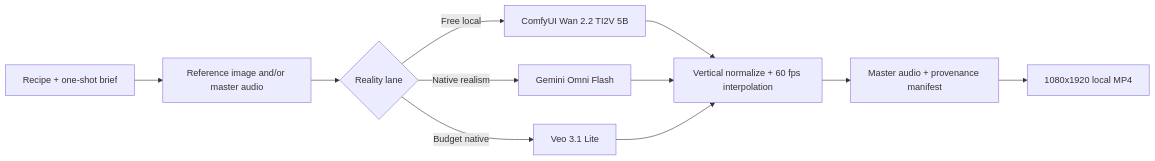
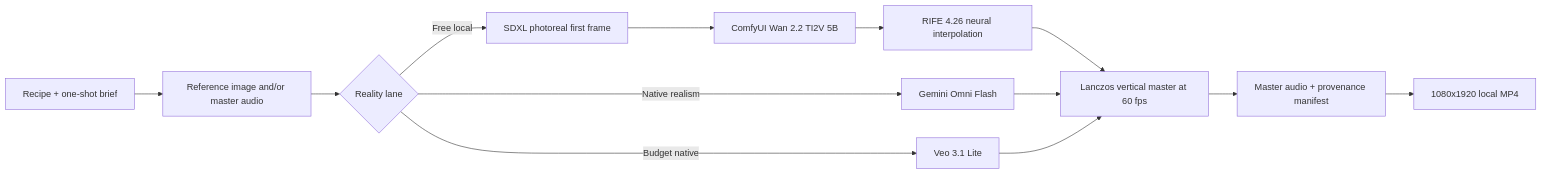
One commit to ReaperXD67/atlasforge-ai changed the diagram in ARCHITECTURE.md. Above: the diagram before and after it, drawn with Mermaid. The commit also changed other lines of this file and 18 other files, not shown here.

````diff
--- a/ARCHITECTURE.md
+++ b/ARCHITECTURE.md
@@ -104,13 +104,15 @@
 ```mermaid
 flowchart LR
-    B["Recipe + one-shot brief"] --> R["Reference image and/or master audio"]
-    R --> L{"Reality lane"}
-    L -->|"Free local"| W["ComfyUI Wan 2.2 TI2V 5B"]
+    B["Recipe + one-shot brief"] --> I["Reference image and/or master audio"]
+    I --> L{"Reality lane"}
+    L -->|"Free local"| S["SDXL photoreal first frame"]
+    S --> W["ComfyUI Wan 2.2 TI2V 5B"]
     L -->|"Native realism"| O["Gemini Omni Flash"]
     L -->|"Budget native"| V["Veo 3.1 Lite"]
-    W --> M["Vertical normalize + 60 fps interpolation"]
+    W --> Q["RIFE 4.26 neural interpolation"]
+    Q --> M["Lanczos vertical master at 60 fps"]
     O --> M
     V --> M
     M --> A["Master audio + provenance manifest"]
-    A --> F["1080x1920 local MP4"]
+    A --> Z["1080x1920 local MP4"]
 ```
````
